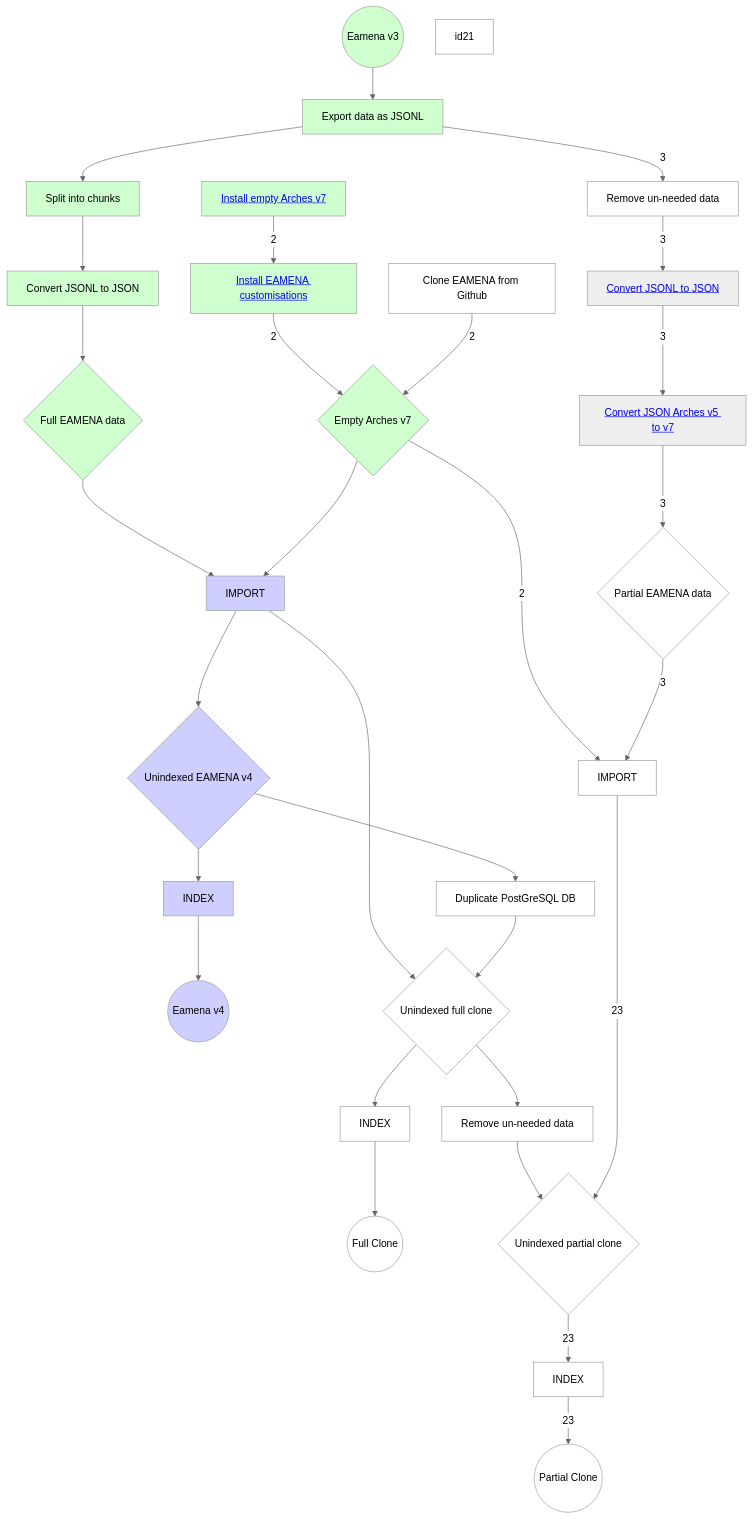
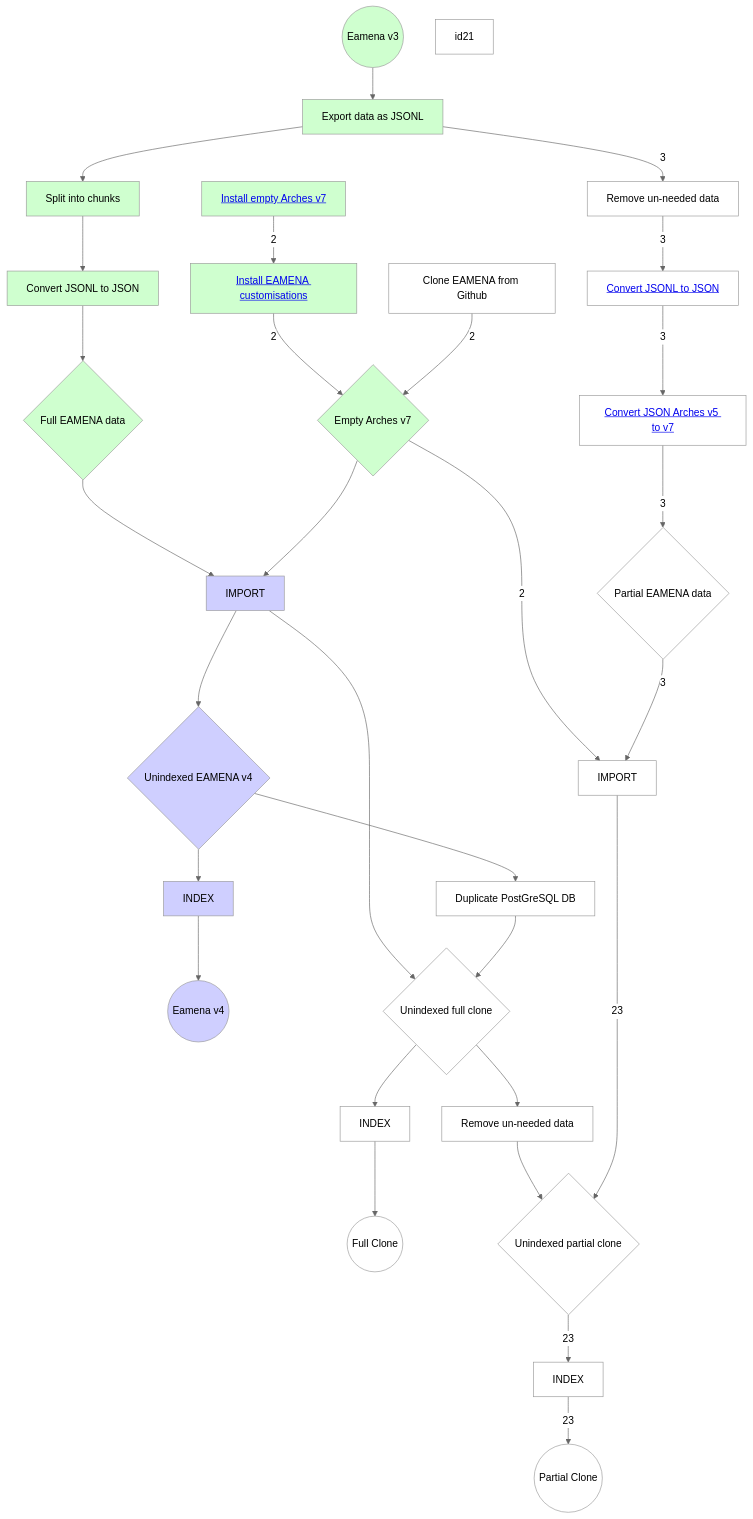
The first of 2 diagrams in dbs/database.eamena/install/README.md (eamena-project/eamena-arches-dev), drawn with Mermaid (neutral theme) before and after one commit.

````diff
--- a/dbs/database.eamena/install/README.md
+++ b/dbs/database.eamena/install/README.md
@@ -53,56 +53,58 @@
 ```mermaid
 flowchart
 	id1((Eamena v3))-->id2[Export data as JSONL]
 	id2-->id3[Split into chunks]
 	id3-->id4[Convert JSONL to JSON]
 	id4-->id5{Full EAMENA data}
 	id5-->id6[IMPORT]
 	id7[ <a href='https://github.com/eamena-project/eamena-arches-dev/tree/main/dbs/database.eamena/install#install-empty-arches-v7'> Install empty Arches v7 </a>] --2--> id25[ <a href='https://github.com/eamena-project/eamena-arches-dev/tree/main/dbs/database.eamena/install#install-eamena-customisations'>Install EAMENA customisations</a> ]
 	id25 --2--> id8{Empty Arches v7}
 	id9[Clone EAMENA from Github] --2--> id8
 	id8-->id6
 	id6-->id10{Unindexed EAMENA v4}
 	id10-->id11[Duplicate PostGreSQL DB]
 	id10-->id12[INDEX]
 	id12-->id13((Eamena v4))
 	id2 --3--> id14[Remove un-needed data]
 	id6-->id15{Unindexed full clone}
 	id11-->id15
 	id15-->id16[INDEX]
 	id16-->id17((Full Clone))
 	id18{Unindexed partial clone} --23--> id19[INDEX]
 	id19 --23--> id20((Partial Clone))
 	id14 --3--> id141[ <a href='https://github.com/eamena-project/eamena-arches-dev/tree/main/dbs/database.eamena/install#convert-jsonl-to-json'>Convert JSONL to JSON </a> ]
 	id141 --3--> id211[ <a href='https://github.com/eamena-project/eamena-arches-dev/tree/main/dbs/database.eamena/install#convert-json-arches-v5-to-v7'>Convert JSON Arches v5 to v7</a> ]
 	id211 --3--> id22{Partial EAMENA data}
 	id15-->id23[Remove un-needed data]
 	id8 --2--> id24[IMPORT]
 	id22 --3--> id24
 	id23-->id18
 	id24 --23--> id18
 	style id1 fill:#CFFFCF
 	style id2 fill:#CFFFCF
 	style id3 fill:#CFFFCF
 	style id4 fill:#CFFFCF
 	style id5 fill:#CFFFCF
 	style id6 fill:#CFCFFF
 	style id7 fill:#CFFFCF
 	style id8 fill:#CFFFCF
 	style id9 fill:#FFFFFF
 	style id10 fill:#CFCFFF
 	style id11 fill:#FFFFFF
 	style id12 fill:#CFCFFF
 	style id13 fill:#CFCFFF
 	style id14 fill:#FFFFFF
 	style id15 fill:#FFFFFF
 	style id16 fill:#FFFFFF
 	style id17 fill:#FFFFFF
 	style id18 fill:#FFFFFF
 	style id19 fill:#FFFFFF
 	style id20 fill:#FFFFFF
 	style id21 fill:#FFFFFF
 	style id22 fill:#FFFFFF
 	style id23 fill:#FFFFFF
 	style id24 fill:#FFFFFF
 	style id25 fill:#CFFFCF
+	style id141 fill:#FFFFFF
+	style id211 fill:#FFFFFF
 ```
````
